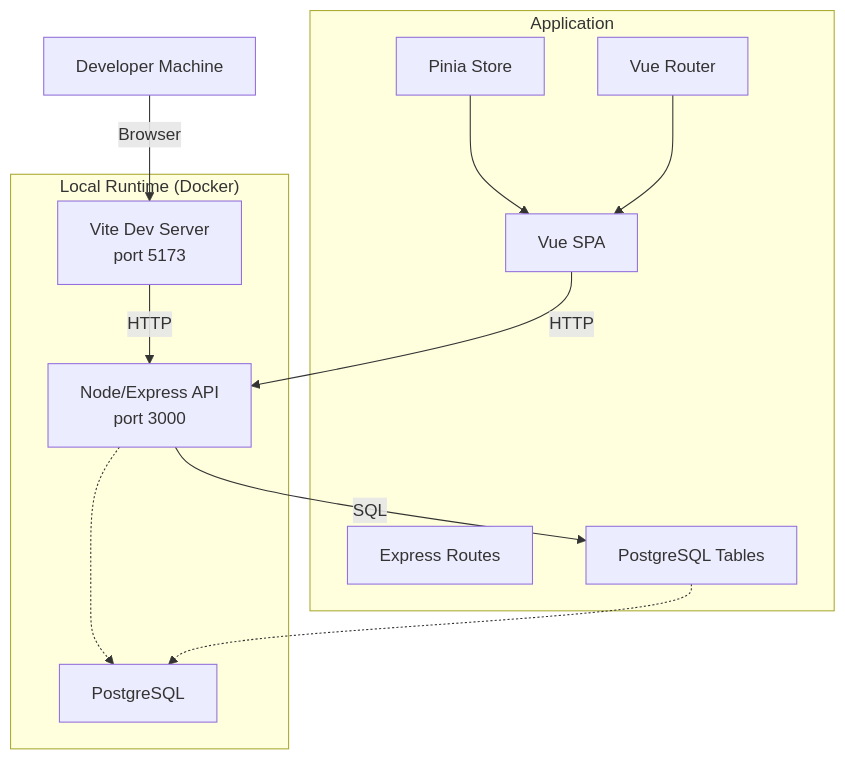
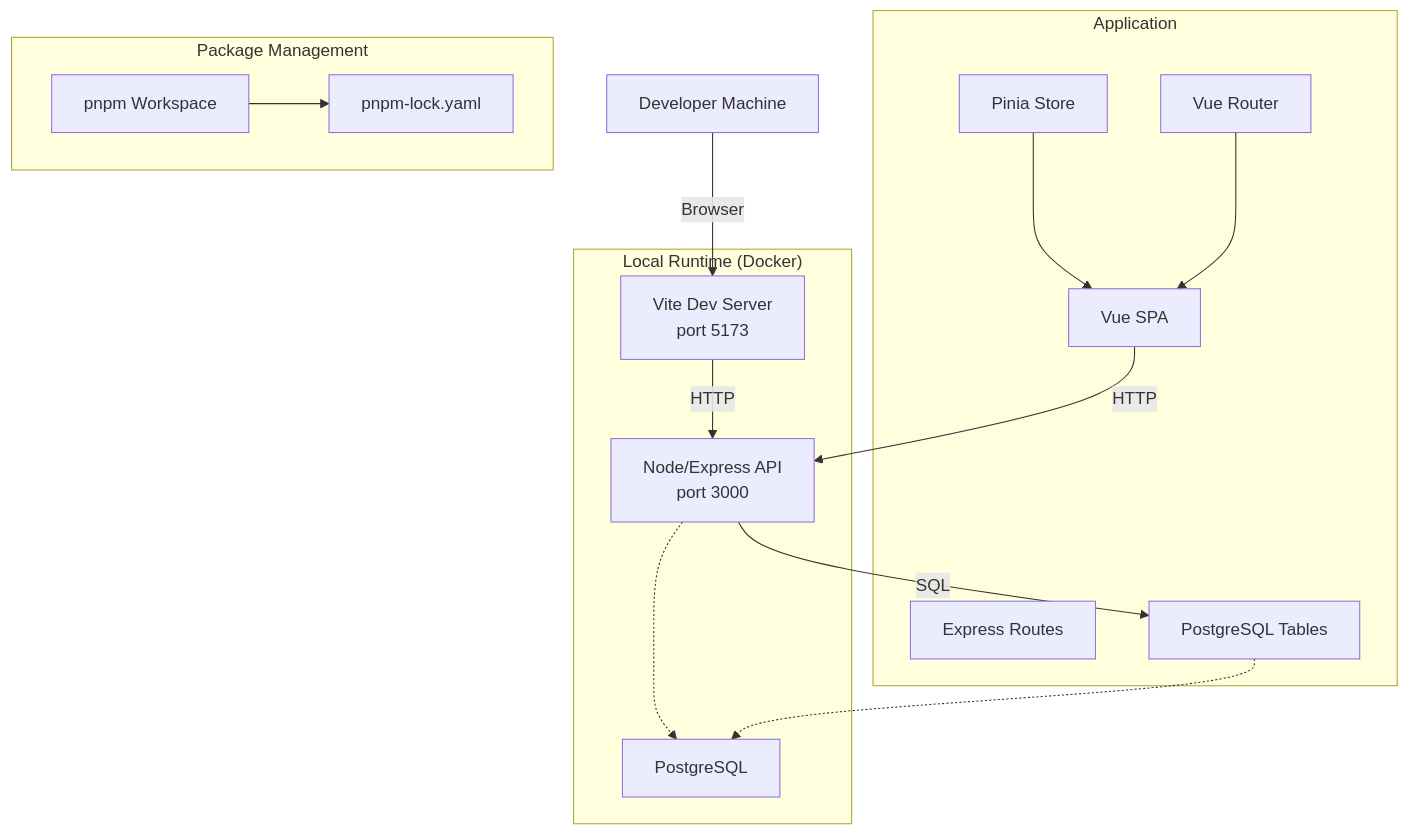
The second of 9 diagrams in .qoder/repowiki/en/content/Development Workflow/Development Workflow.md (xinyo/startora), drawn with Mermaid before and after one commit. The commit also changed other lines of this file and 19 other files, not shown here.

````diff
--- a/.qoder/repowiki/en/content/Development Workflow/Development Workflow.md
+++ b/.qoder/repowiki/en/content/Development Workflow/Development Workflow.md
@@ -134,24 +157,29 @@
 ```mermaid
 graph TB
 Dev["Developer Machine"]
 subgraph "Local Runtime (Docker)"
 PG["PostgreSQL"]
 API["Node/Express API<br/>port 3000"]
 FE["Vite Dev Server<br/>port 5173"]
 end
 subgraph "Application"
 Client["Vue SPA"]
 Store["Pinia Store"]
 Router["Vue Router"]
 Server["Express Routes"]
 DB["PostgreSQL Tables"]
 end
+subgraph "Package Management"
+PNPM["pnpm Workspace"]
+Lock["pnpm-lock.yaml"]
+end
 Dev --> |"Browser"| FE
 FE --> |"HTTP"| API
 API --> |"SQL"| DB
 Client --> |"HTTP"| API
 Store --> Client
 Router --> Client
 API -.-> PG
 DB -.-> PG
+PNPM --> Lock
 ```
````
